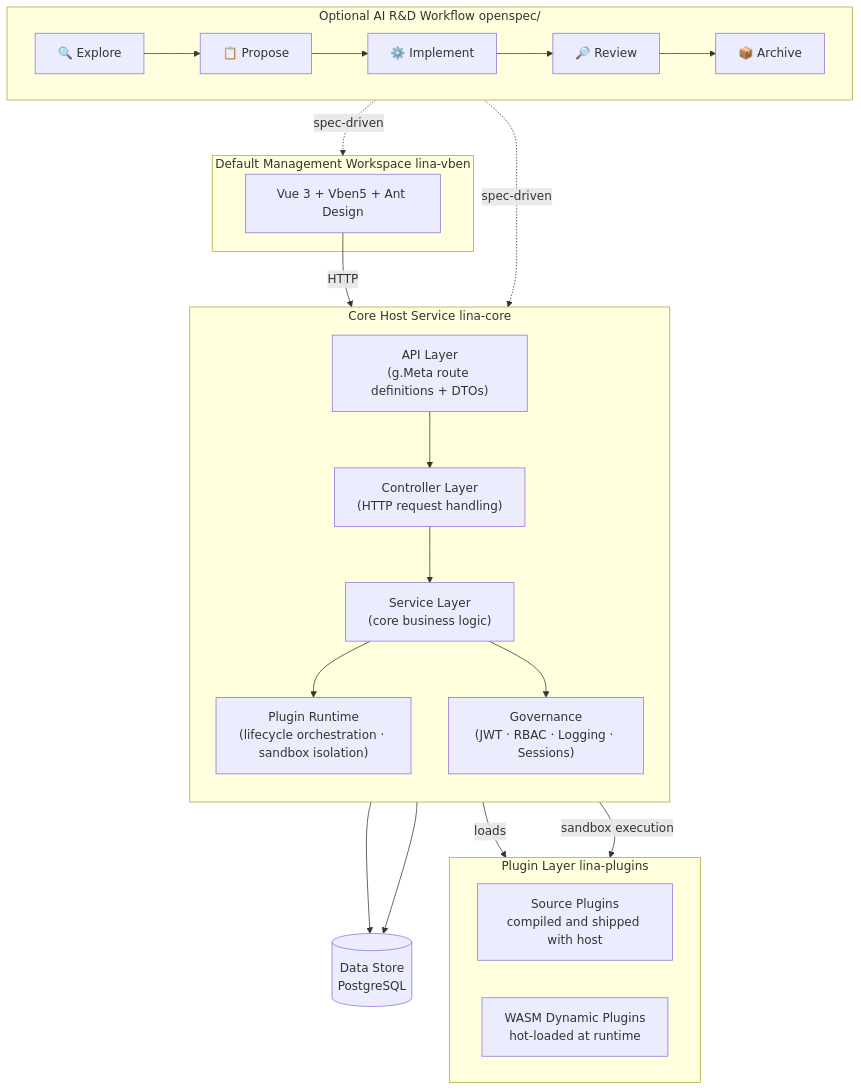
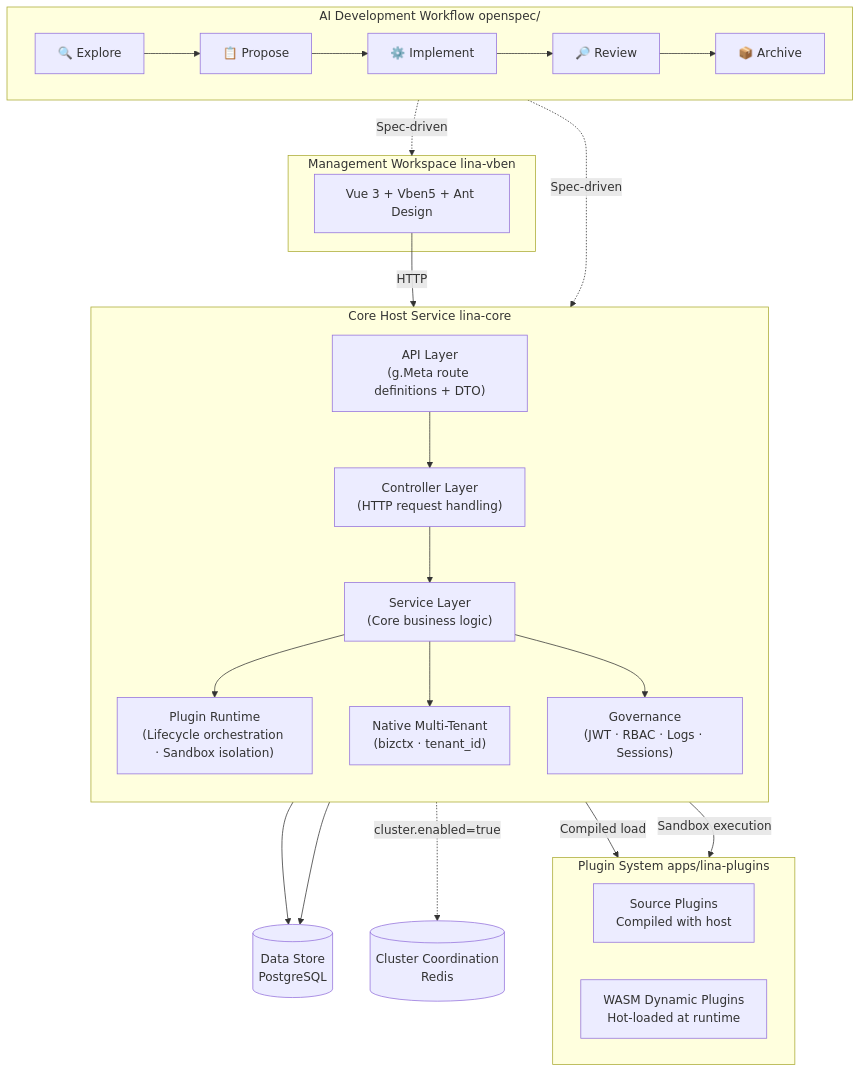
Before and after one commit to linaproai/linapro: the diagram in README.md, drawn with Mermaid. The commit also changed 41 other files, not shown here.

Commit message:
feat(plugin): add lifecycle service contract and precondition support for runtime upgrade

````diff
--- a/README.md
+++ b/README.md
@@ -46,39 +46,43 @@
 ```mermaid
 graph TB
-    subgraph Workflow["Optional AI R&D Workflow  openspec/"]
+    subgraph Workflow["AI Development Workflow  openspec/"]
         direction LR
         Explore["🔍 Explore"] --> Propose["📋 Propose"] --> Implement["⚙️ Implement"] --> Review["🔎 Review"] --> Archive["📦 Archive"]
     end
 
-    subgraph Frontend["Default Management Workspace  lina-vben"]
+    subgraph Frontend["Management Workspace  lina-vben"]
         UI["Vue 3 + Vben5 + Ant Design"]
     end
 
     subgraph Host["Core Host Service  lina-core"]
         direction TB
-        API["API Layer\n(g.Meta route definitions + DTOs)"]
+        API["API Layer\n(g.Meta route definitions + DTO)"]
         Ctrl["Controller Layer\n(HTTP request handling)"]
-        Svc["Service Layer\n(core business logic)"]
-        Plugin["Plugin Runtime\n(lifecycle orchestration · sandbox isolation)"]
-        Gov["Governance\n(JWT · RBAC · Logging · Sessions)"]
+        Svc["Service Layer\n(Core business logic)"]
+        Plugin["Plugin Runtime\n(Lifecycle orchestration · Sandbox isolation)"]
+        Tenant["Native Multi-Tenant\n(bizctx · tenant_id)"]
+        Gov["Governance\n(JWT · RBAC · Logs · Sessions)"]
         API --> Ctrl --> Svc
         Svc --> Plugin
+        Svc --> Tenant
         Svc --> Gov
     end
 
-    subgraph Plugins["Plugin Layer  lina-plugins"]
+    subgraph Plugins["Plugin System  apps/lina-plugins"]
         direction LR
-        Source["Source Plugins\ncompiled and shipped with host"]
-        Dynamic["WASM Dynamic Plugins\nhot-loaded at runtime"]
+        Source["Source Plugins\nCompiled with host"]
+        Dynamic["WASM Dynamic Plugins\nHot-loaded at runtime"]
     end
 
     DB[("Data Store\nPostgreSQL")]
+    Redis[("Cluster Coordination\nRedis")]
 
-    Workflow -.->|spec-driven| Frontend
-    Workflow -.->|spec-driven| Host
+    Workflow -.->|Spec-driven| Frontend
+    Workflow -.->|Spec-driven| Host
     UI -->|HTTP| API
-    Plugin -->|loads| Source
-    Plugin -->|sandbox execution| Dynamic
+    Plugin -->|Compiled load| Source
+    Plugin -->|Sandbox execution| Dynamic
     Svc --> DB
     Gov --> DB
+    Svc -.->|cluster.enabled=true| Redis
 ```
````
